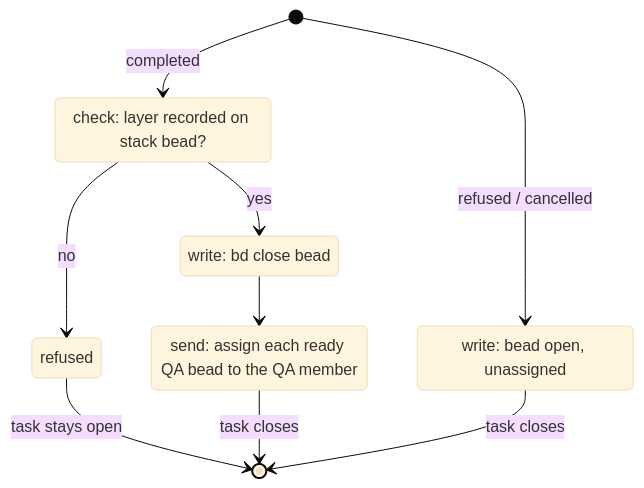
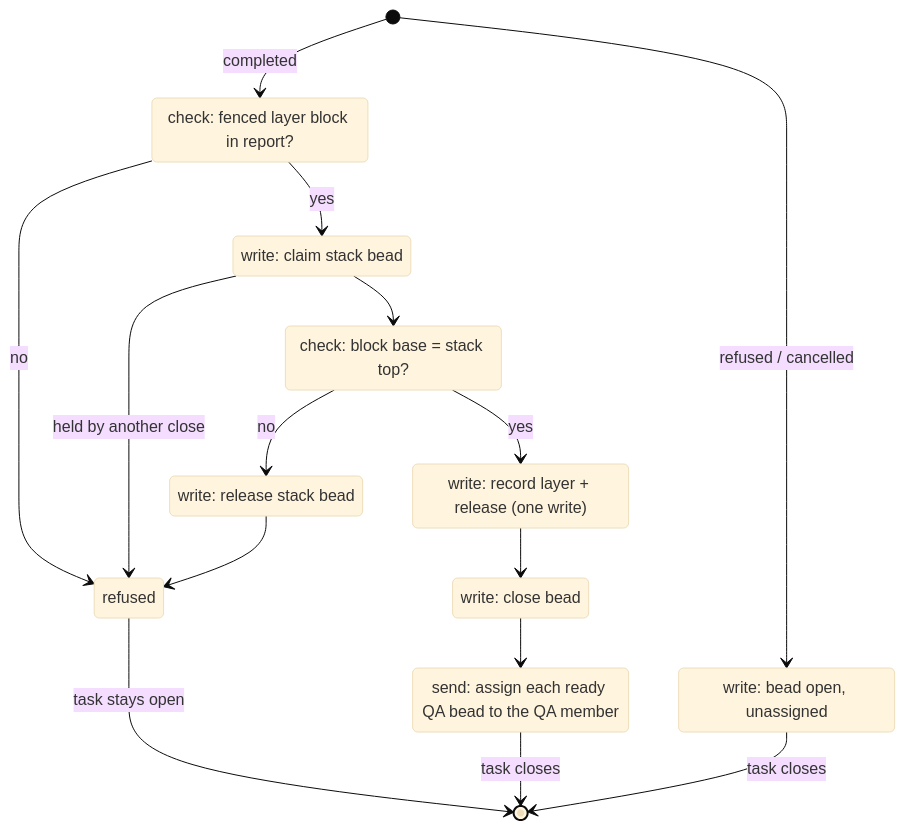
The fourth of 5 diagrams in docs/plans/phase-bo/design/lite-code/docs/state-transitions.md (randlee/atm-core), drawn with Mermaid (base theme) before and after one commit. The commit also changed other lines of this file and 15 other files, not shown here.

````diff
--- a/docs/plans/phase-bo/design/lite-code/docs/state-transitions.md
+++ b/docs/plans/phase-bo/design/lite-code/docs/state-transitions.md
@@ -158,15 +128,25 @@
 ```mermaid
 stateDiagram-v2
-    state "check: layer recorded on stack bead?" as chk
-    state "write: bd close bead" as close
+    state "check: fenced layer block in report?" as blk
+    state "write: claim stack bead" as claim
+    state "check: block base = stack top?" as top
+    state "write: release stack bead" as release
+    state "write: record layer + release (one write)" as record
+    state "write: close bead" as close
     state "send: assign each ready QA bead to the QA member" as send
     state "write: bead open, unassigned" as reopen
-    [*] --> chk: completed
-    chk --> refused: no
-    chk --> close: yes
+    [*] --> blk: completed
+    blk --> refused: no
+    blk --> claim: yes
+    claim --> refused: held by another close
+    claim --> top
+    top --> release: no
+    release --> refused
+    top --> record: yes
+    record --> close
     close --> send
     send --> [*]: task closes
     [*] --> reopen: refused / cancelled
     reopen --> [*]: task closes
     refused --> [*]: task stays open
 ```
````
